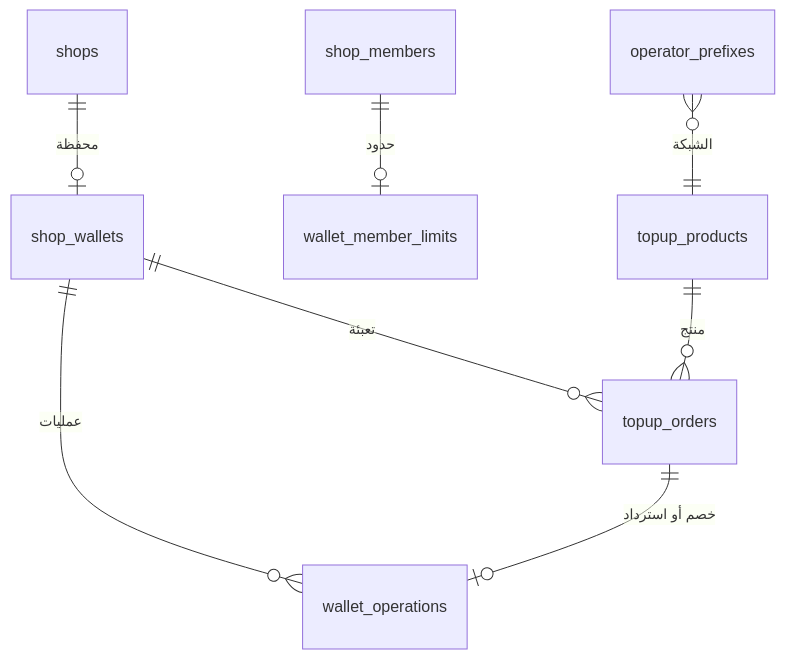
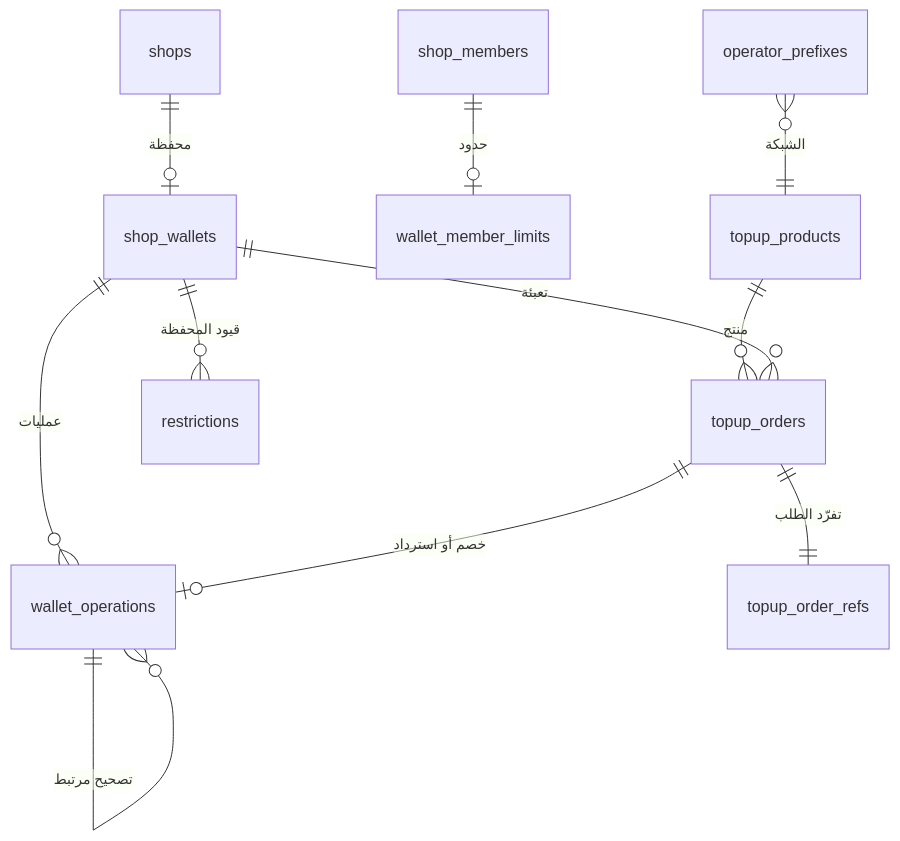
One commit to servacode/imei changed the seventh of 10 diagrams in docs/09-data-model.md. Above: the diagram before and after it, drawn with Mermaid. The commit also changed other lines of this file and 15 other files, not shown here.

````diff
--- a/docs/09-data-model.md
+++ b/docs/09-data-model.md
@@ -193,10 +241,13 @@
 ```mermaid
 erDiagram
     shops ||--o| shop_wallets : "محفظة"
     shop_wallets ||--o{ wallet_operations : "عمليات"
     shop_members ||--o| wallet_member_limits : "حدود"
     topup_products ||--o{ topup_orders : "منتج"
     shop_wallets ||--o{ topup_orders : "تعبئة"
     topup_orders ||--o| wallet_operations : "خصم أو استرداد"
     operator_prefixes }o--|| topup_products : "الشبكة"
+    wallet_operations ||--o{ wallet_operations : "تصحيح مرتبط"
+    shop_wallets ||--o{ restrictions : "قيود المحفظة"
+    topup_orders ||--|| topup_order_refs : "تفرّد الطلب"
 ```
````
